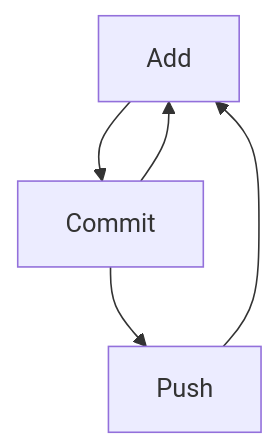
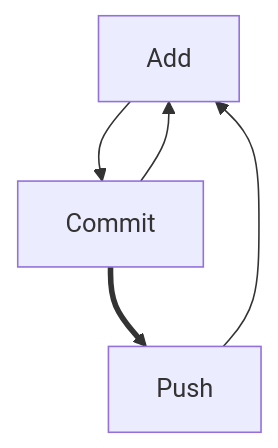
Before and after one commit to dahlbyk-test/cs-pd-week-2026: the diagram in Notes.md, drawn with Mermaid.

Commit message:
Change Commit to Push relationship in diagram

````diff
--- a/Notes.md
+++ b/Notes.md
@@ -3,7 +3,7 @@
 ```mermaid
 graph TD;
     Add-->Commit;
-    Commit-->Push;
+    Commit==>Push;
     Commit-->Add;
     Push-->Add;
 ```
````
